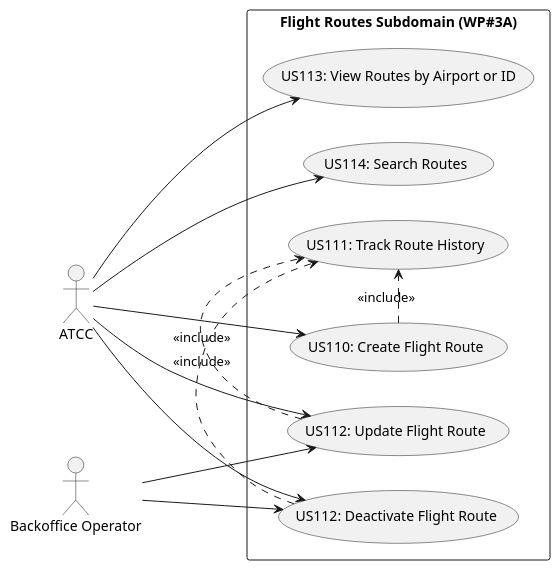
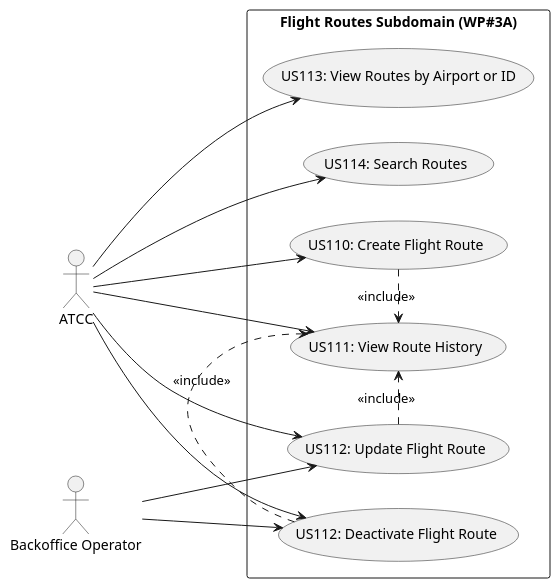
Before and after one commit to Andre-1240567/psoft2026_2DB_1240567_1241013_1240624: the diagram in docs/use-cases/WP#3A/puml/WP#3A-UCD.puml, drawn with PlantUML. The commit also changed 34 other files, not shown here.

```diff
--- a/docs/use-cases/WP#3A/puml/WP#3A-UCD.puml
+++ b/docs/use-cases/WP#3A/puml/WP#3A-UCD.puml
@@ -1,32 +1,31 @@
 @startuml
 left to right direction
 skinparam packageStyle rectangle
 
 actor "ATCC" as ATCC
 actor "Backoffice Operator" as BO
 
 package "Flight Routes Subdomain (WP#3A)" {
     usecase "US110: Create Flight Route" as US110
-    usecase "US111: Track Route History" as US111
+    usecase "US111: View Route History" as US111
     usecase "US112: Update Flight Route" as US112_Update
     usecase "US112: Deactivate Flight Route" as US112_Deactivate
     usecase "US113: View Routes by Airport or ID" as US113
     usecase "US114: Search Routes" as US114
 }
 
-' Actor to Use Case associations
 ATCC --> US110
+ATCC --> US111
 ATCC --> US112_Update
 ATCC --> US112_Deactivate
 ATCC --> US113
 ATCC --> US114
 
 BO --> US112_Update
 BO --> US112_Deactivate
 
-' The <<include>> relationships for the automatic history tracking
 US110 .> US111 : <<include>>
 US112_Update .> US111 : <<include>>
 US112_Deactivate .> US111 : <<include>>
 
 @enduml
```
